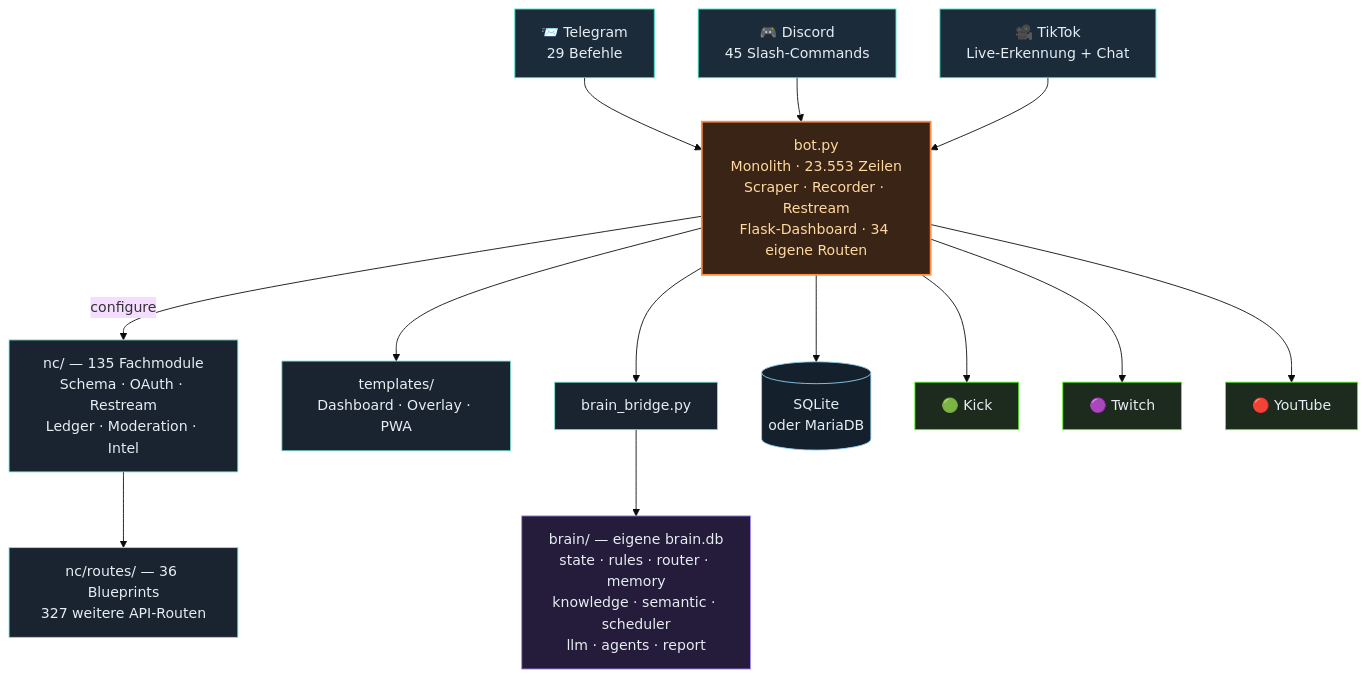
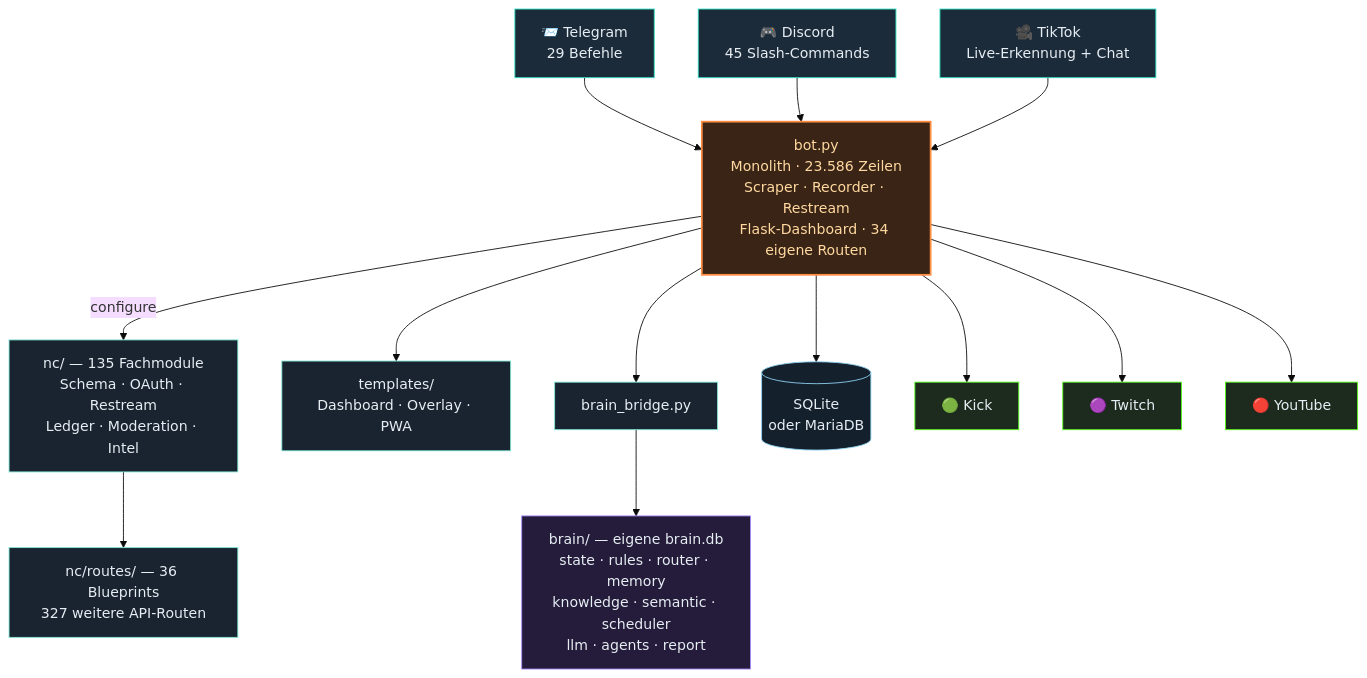
One commit to itsamemedev/Telegram-Stream-Info-Bot changed the third of 4 diagrams in README.md. Above: the diagram before and after it, drawn with Mermaid (base theme). The commit also changed other lines of this file and 8 other files, not shown here.

````diff
--- a/README.md
+++ b/README.md
@@ -189,30 +189,30 @@
 ```mermaid
 flowchart TB
     TG["📨 Telegram<br/>29 Befehle"]:::ein
     DC["🎮 Discord<br/>45 Slash-Commands"]:::ein
     TT["🎥 TikTok<br/>Live-Erkennung + Chat"]:::ein
 
     TG --> BOT
     DC --> BOT
     TT --> BOT
 
-    BOT["bot.py<br/>Monolith · 23.553 Zeilen<br/>Scraper · Recorder · Restream<br/>Flask-Dashboard · 34 eigene Routen"]:::core
+    BOT["bot.py<br/>Monolith · 23.586 Zeilen<br/>Scraper · Recorder · Restream<br/>Flask-Dashboard · 34 eigene Routen"]:::core
 
     BOT -->|configure| NC["nc/ — 135 Fachmodule<br/>Schema · OAuth · Restream<br/>Ledger · Moderation · Intel"]:::lib
     NC --> RT["nc/routes/ — 36 Blueprints<br/>327 weitere API-Routen"]:::lib
     BOT --> TPL["templates/<br/>Dashboard · Overlay · PWA"]:::lib
     BOT --> BR["brain_bridge.py"]:::lib
     BR --> BRAIN["brain/ — eigene brain.db<br/>state · rules · router · memory<br/>knowledge · semantic · scheduler<br/>llm · agents · report"]:::brain
     BOT --> DB[("SQLite<br/>oder MariaDB")]:::db
 
     BOT --> KICK["🟢 Kick"]:::out
     BOT --> TW["🟣 Twitch"]:::out
     BOT --> YT["🔴 YouTube"]:::out
 
     classDef ein fill:#1c2b3a,stroke:#2de1c2,color:#e6edf3
     classDef core fill:#3a2415,stroke:#ff8c42,stroke-width:2px,color:#ffd9a0
     classDef lib fill:#1a2430,stroke:#7fe7d4,color:#e6edf3
     classDef brain fill:#241c3a,stroke:#a78bfa,color:#e6edf3
     classDef db fill:#14202c,stroke:#8fd3f4,color:#e6edf3
     classDef out fill:#1c2b1e,stroke:#53fc18,color:#e6edf3
 ```
````
